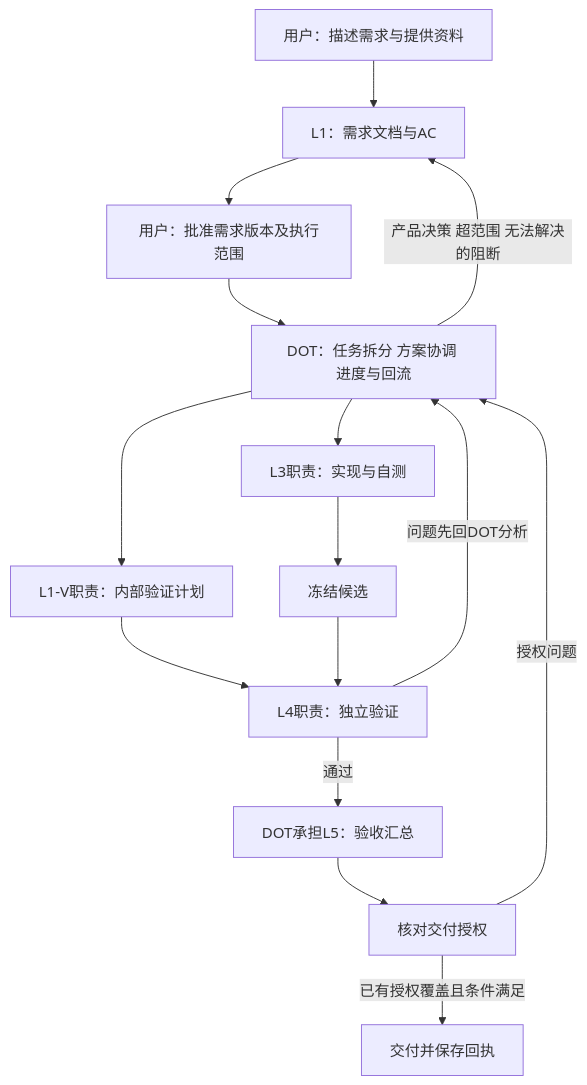
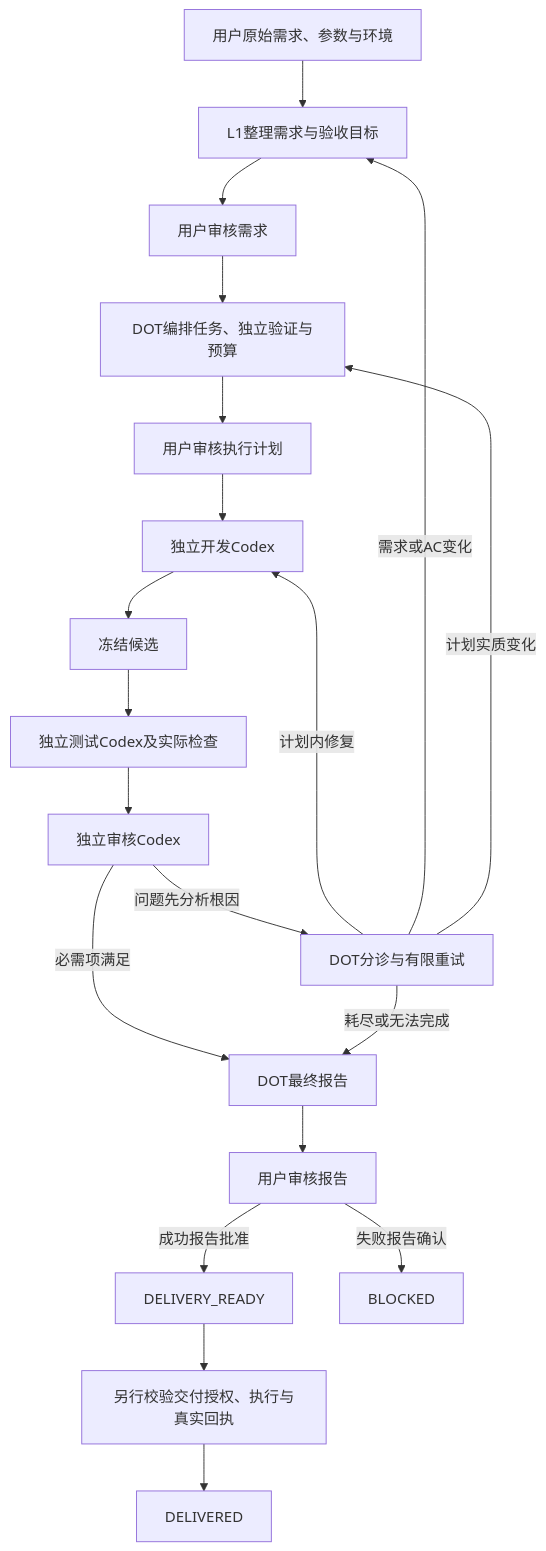
Before and after one commit to Merrychen-CMY/AI-Programming-Workflow: the diagram in docs/architecture.md, drawn with Mermaid. The commit also changed other lines of this file and 81 other files, not shown here.

````diff
--- a/docs/architecture.md
+++ b/docs/architecture.md
@@ -3,17 +3,22 @@
 ```mermaid
 flowchart TD
-  U[用户：描述需求与提供资料] --> L1[L1：需求文档与AC]
-  L1 --> A[用户：批准需求版本及执行范围]
-  A --> DOT[DOT：任务拆分 方案协调 进度与回流]
-  DOT --> V[L1-V职责：内部验证计划]
-  DOT --> DEV[L3职责：实现与自测]
-  DEV --> C[冻结候选]
-  V --> CHECK[L4职责：独立验证]
-  C --> CHECK
-  CHECK -->|通过| SUMMARY[DOT承担L5：验收汇总]
-  CHECK -->|问题先回DOT分析| DOT
-  SUMMARY --> AUTH[核对交付授权]
-  AUTH -->|已有授权覆盖且条件满足| RESULT[交付并保存回执]
-  AUTH -->|授权问题| DOT
-  DOT -->|产品决策 超范围 无法解决的阻断| L1
+ U[用户原始需求、参数与环境] --> L1[L1整理需求与验收目标]
+ L1 --> R[用户审核需求]
+ R --> P[DOT编排任务、独立验证与预算]
+ P --> A[用户审核执行计划]
+ A --> DEV[独立开发Codex]
+ DEV --> C[冻结候选]
+ C --> T[独立测试Codex及实际检查]
+ T --> V[独立审核Codex]
+ V -->|问题先分析根因| DOT[DOT分诊与有限重试]
+ DOT -->|计划内修复| DEV
+ DOT -->|需求或AC变化| L1
+ DOT -->|计划实质变化| P
+ V -->|必需项满足| F[DOT最终报告]
+ DOT -->|耗尽或无法完成| F
+ F --> UFR[用户审核报告]
+ UFR -->|成功报告批准| READY[DELIVERY_READY]
+ UFR -->|失败报告确认| B[BLOCKED]
+ READY --> E[另行校验交付授权、执行与真实回执]
+ E --> D[DELIVERED]
 ```
````
